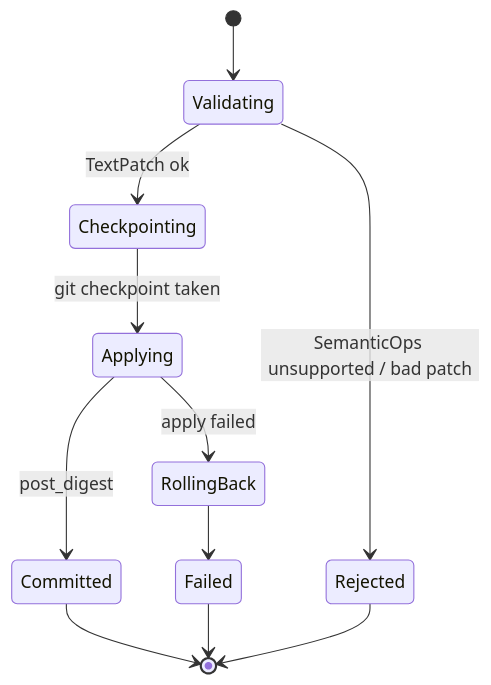
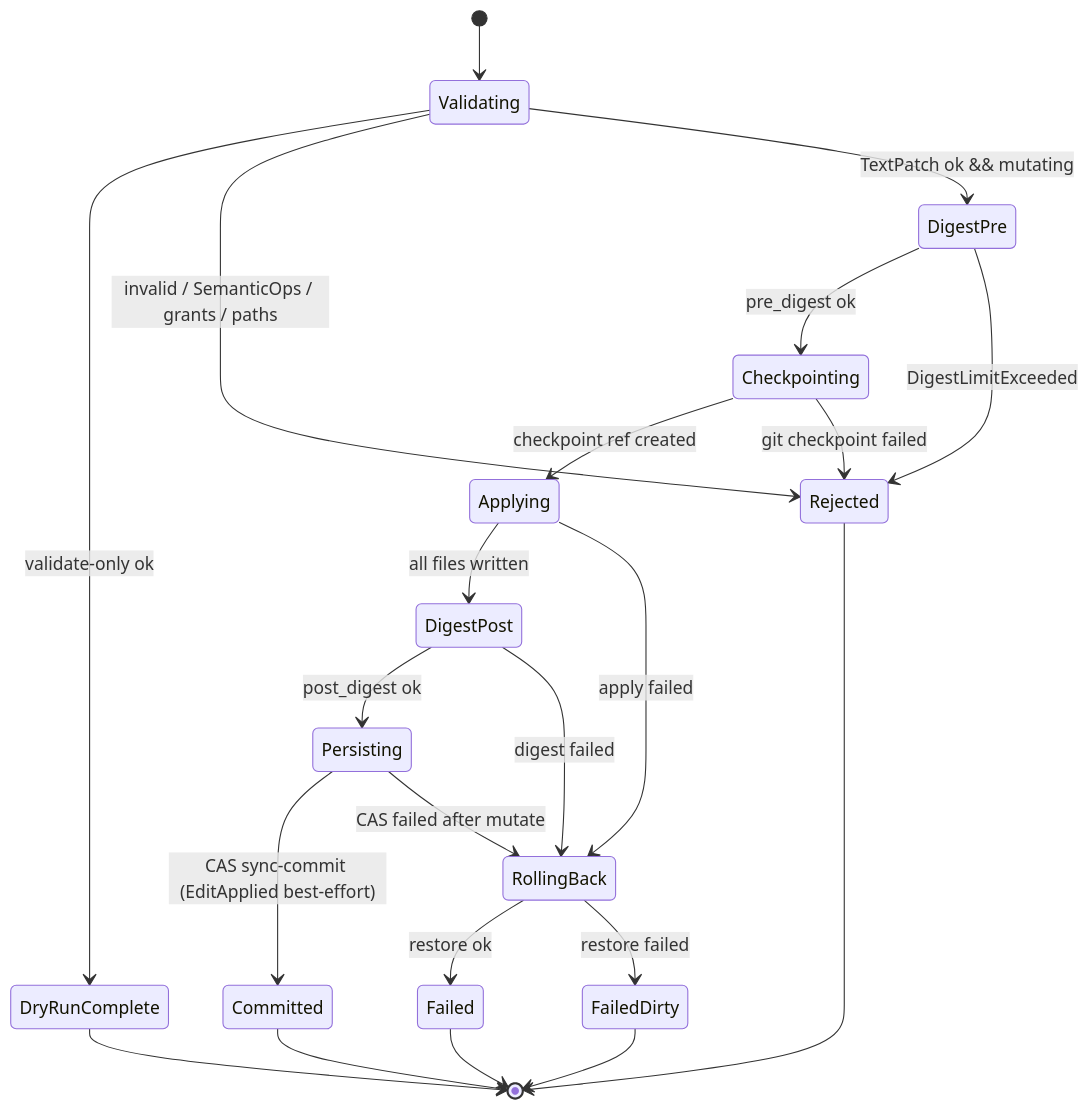
Before and after one commit to arkadianet/Alloy: the first of 3 diagrams in docs/rfcs/RFC-0008-edit-engine.md, drawn with Mermaid. The commit also changed other lines of this file, not shown here.

First line of the commit message:
docs(RFC-0008): EditEngine TextPatch + git checkpoint (implementation grade) (#35)

````diff
--- a/docs/rfcs/RFC-0008-edit-engine.md
+++ b/docs/rfcs/RFC-0008-edit-engine.md
@@ -79,13 +1045,24 @@
 ```mermaid
 stateDiagram-v2
   [*] --> Validating
-  Validating --> Checkpointing: TextPatch ok
-  Validating --> Rejected: SemanticOps unsupported / bad patch
-  Checkpointing --> Applying: git checkpoint taken
-  Applying --> Committed: post_digest
+  Validating --> DryRunComplete: validate-only ok
+  Validating --> Rejected: invalid / SemanticOps / grants / paths
+  Validating --> DigestPre: TextPatch ok && mutating
+  DigestPre --> Checkpointing: pre_digest ok
+  DigestPre --> Rejected: DigestLimitExceeded
+  Checkpointing --> Applying: checkpoint ref created
+  Checkpointing --> Rejected: git checkpoint failed
+  Applying --> DigestPost: all files written
   Applying --> RollingBack: apply failed
-  RollingBack --> Failed
+  DigestPost --> Persisting: post_digest ok
+  DigestPost --> RollingBack: digest failed
+  Persisting --> Committed: CAS sync-commit (EditApplied best-effort)
+  Persisting --> RollingBack: CAS failed after mutate
+  RollingBack --> Failed: restore ok
+  RollingBack --> FailedDirty: restore failed
+  DryRunComplete --> [*]
   Committed --> [*]
   Rejected --> [*]
   Failed --> [*]
+  FailedDirty --> [*]
 ```
````
